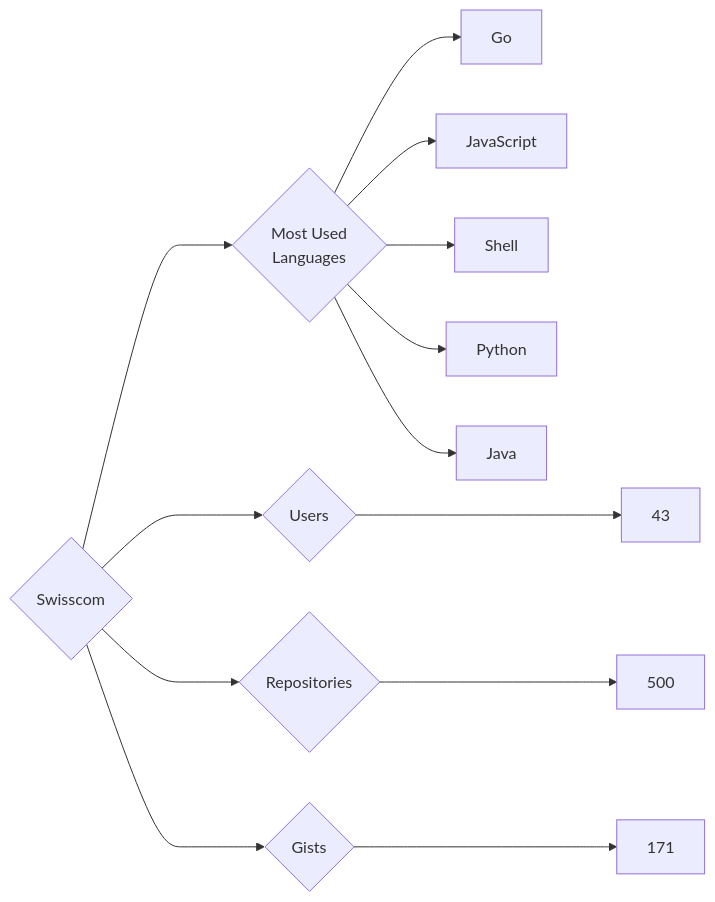
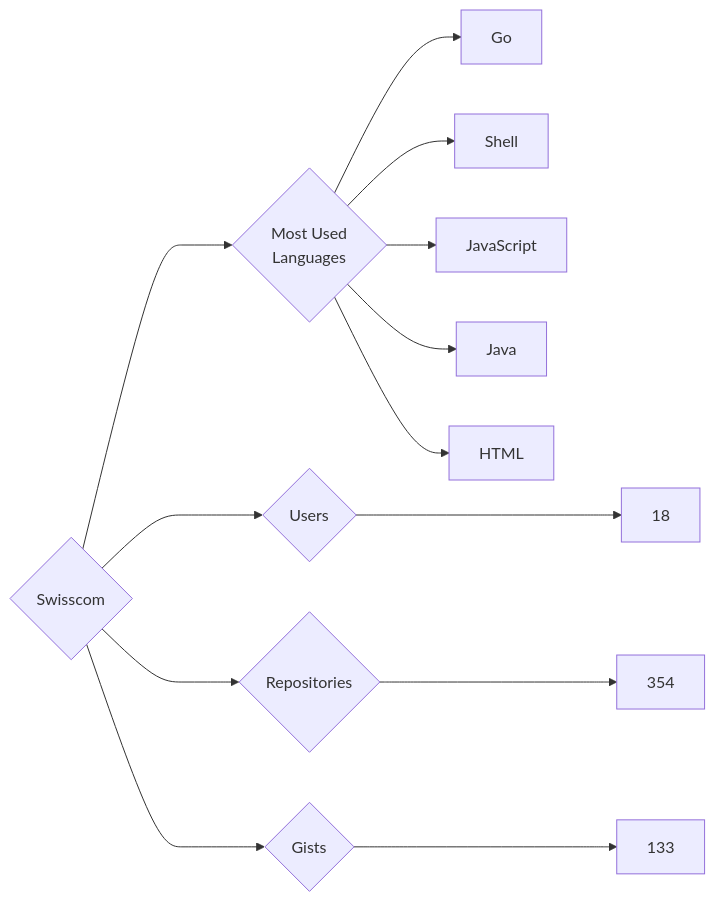
The diagram in targets/Swisscom/README.md (trickest/insiders), drawn with Mermaid before and after one commit. The commit also changed 964 other files, not shown here.

````diff
--- a/targets/Swisscom/README.md
+++ b/targets/Swisscom/README.md
@@ -3,13 +3,13 @@
 ```mermaid
 graph LR
 COMPANY_NAME{Swisscom}
-COMPANY_NAME ---> U{Users} ---> UN[43]
-COMPANY_NAME ---> R{Repositories} ---> RN[500]
-COMPANY_NAME ---> G{Gists} ---> GN[171]
+COMPANY_NAME ---> U{Users} ---> UN[18]
+COMPANY_NAME ---> R{Repositories} ---> RN[354]
+COMPANY_NAME ---> G{Gists} ---> GN[133]
 COMPANY_NAME ---> ML{Most Used<br>Languages}
 ML --> Go[Go]
+ML --> Shell[Shell]
 ML --> JavaScript[JavaScript]
-ML --> Shell[Shell]
-ML --> Python[Python]
 ML --> Java[Java]
+ML --> HTML[HTML]
 ```
````
